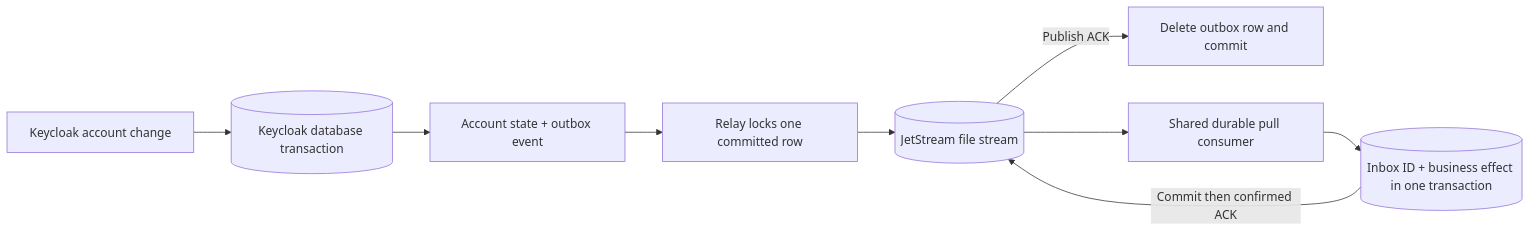
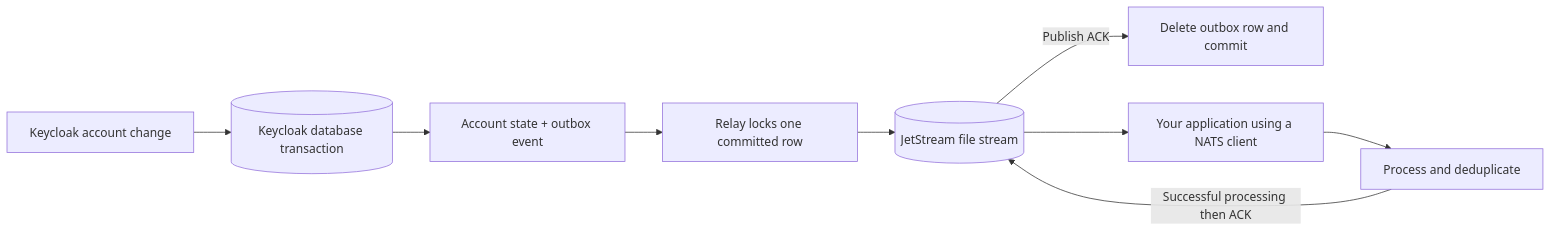
The diagram in README.md (gbeaule/keycloak-nats-durable), drawn with Mermaid before and after one commit. The commit also changed other lines of this file and 80 other files, not shown here.

````diff
--- a/README.md
+++ b/README.md
@@ -15,11 +15,11 @@
 ```mermaid
 flowchart LR
     A[Keycloak account change] --> B[(Keycloak database transaction)]
     B --> C[Account state + outbox event]
     C --> D[Relay locks one committed row]
     D --> E[(JetStream file stream)]
     E -->|Publish ACK| F[Delete outbox row and commit]
-    E --> G[Shared durable pull consumer]
-    G --> H[(Inbox ID + business effect in one transaction)]
-    H -->|Commit then confirmed ACK| E
+    E --> G[Your application using a NATS client]
+    G --> H[Process and deduplicate]
+    H -->|Successful processing then ACK| E
 ```
````
